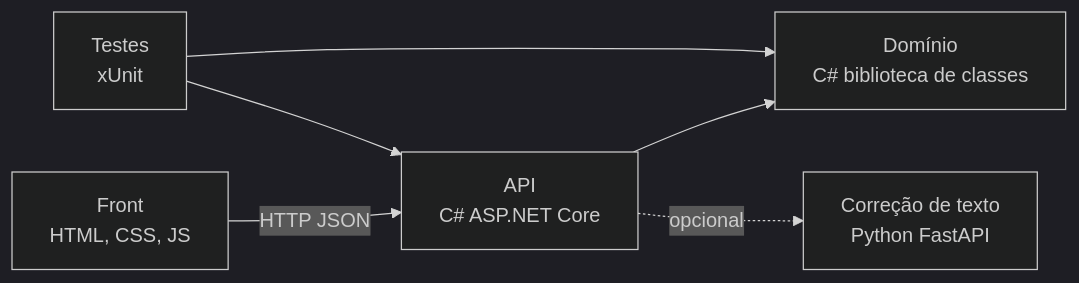
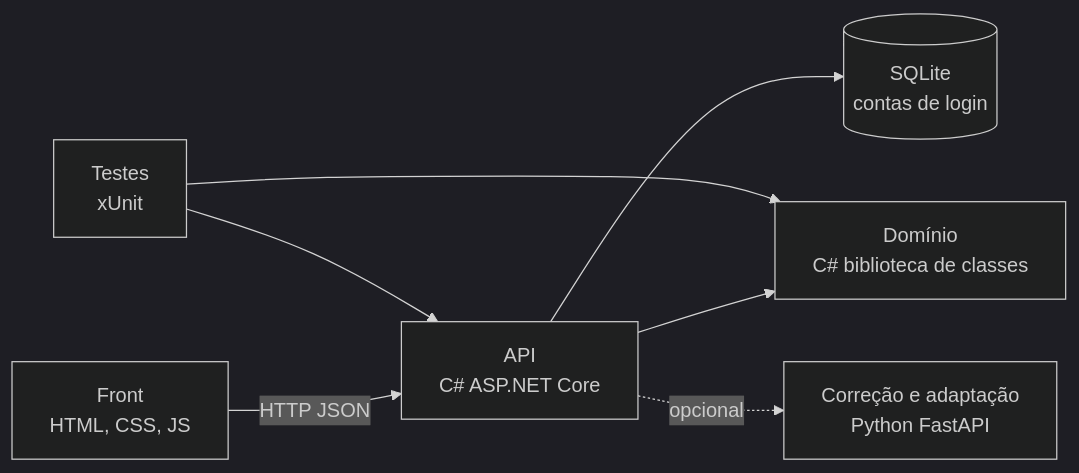
Before and after one commit to PryBragaFront/role-da-fala: the first of 2 diagrams in docs/2-Arquitetura.md, drawn with Mermaid (dark theme). The commit also changed other lines of this file and 28 other files, not shown here.

First line of the commit message:
Adiciona login com banco (SQLite + JWT) e adaptação de acessibilidade por IA

````diff
--- a/docs/2-Arquitetura.md
+++ b/docs/2-Arquitetura.md
@@ -5,8 +5,9 @@
 ```mermaid
 flowchart LR
     A["Front<br/>HTML, CSS, JS"] -->|HTTP JSON| B["API<br/>C# ASP.NET Core"]
     B --> C["Domínio<br/>C# biblioteca de classes"]
+    B --> F[("SQLite<br/>contas de login")]
     D["Testes<br/>xUnit"] --> C
     D --> B
-    B -.->|opcional| E["Correção de texto<br/>Python FastAPI"]
+    B -.->|opcional| E["Correção e adaptação<br/>Python FastAPI"]
 ```
````
